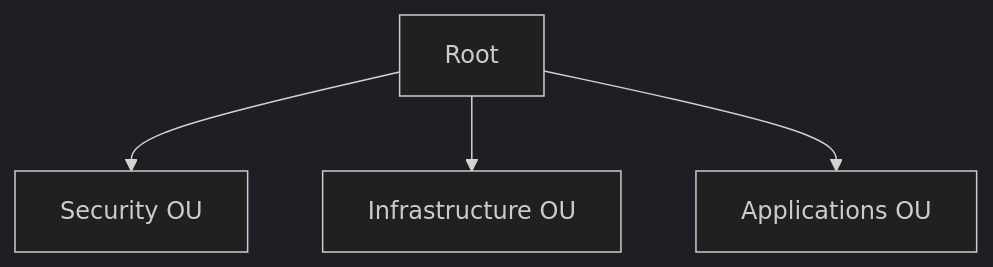
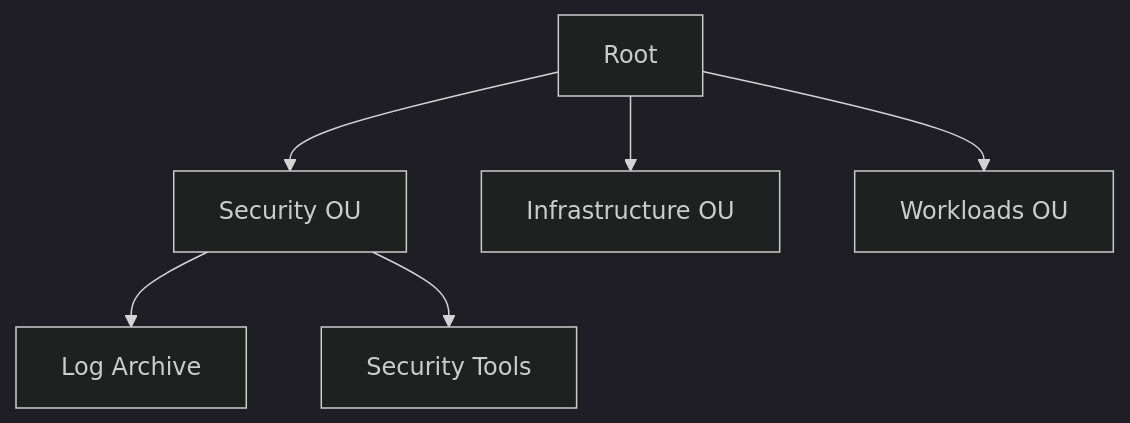
Diagram 11 of 30 in README.md (Devopstrio/hybrid-landingzone), drawn with Mermaid (dark theme) before and after one commit. The commit also changed other lines of this file, not shown here.

Commit message:
docs: finalize premium institutional-grade README with 30+ diagrams and executive summary

````diff
--- a/README.md
+++ b/README.md
@@ -115,6 +168,8 @@
 ```mermaid
 graph TD
     Root[Root] --> Sec[Security OU]
     Root --> Infra[Infrastructure OU]
-    Root --> Apps[Applications OU]
+    Root --> Work[Workloads OU]
+    Sec --> Log[Log Archive]
+    Sec --> Tools[Security Tools]
 ```
````
